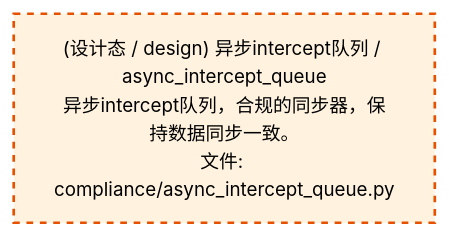
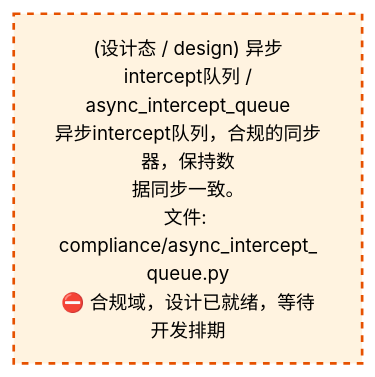
Before and after one commit to xuanFelixVan/ZephyrAlpha: the third of 4 diagrams in docs/02_enterprise_architecture/02_domain_architecture_docs/38_d_compliance.md, drawn with Mermaid. The commit also changed other lines of this file and 59 other files, not shown here.

````diff
--- a/docs/02_enterprise_architecture/02_domain_architecture_docs/38_d_compliance.md
+++ b/docs/02_enterprise_architecture/02_domain_architecture_docs/38_d_compliance.md
@@ -109,10 +109,10 @@
 ```mermaid
 %%{init: {'theme': 'base', 'themeVariables': {'primaryColor': '#eaeaea', 'primaryTextColor': '#333333', 'primaryBorderColor': '#666666', 'lineColor': '#666666', 'secondaryColor': '#eaeaea', 'tertiaryColor': '#eaeaea', 'fontSize': '14px'}}}%%
 flowchart TD
-    src_zephyr_compliance_async_intercept_queue_py["(设计态 / design) 异步intercept队列 / async_intercept_queue<br/>异步intercept队列，合规的同步器，保持数据同步一致。<br/>文件: compliance/async_intercept_queue.py"]
+    src_zephyr_compliance_async_intercept_queue_py["(设计态 / design) 异步intercept队列 /<br/>async_intercept_queue<br/>异步intercept队列，合规的同步器，保持数<br/>据同步一致。<br/>文件: compliance/async_intercept_<br/>queue.py<br/>⛔ 合规域，设计已就绪，等待开发排期"]
     classDef production fill:#e1f5fe,stroke:#01579b,stroke-width:2px,color:#000
     classDef design fill:#fff3e0,stroke:#e65100,stroke-width:2px,color:#000,stroke-dasharray: 5 5
     classDef external_prod fill:#e8f4fd,stroke:#0277bd,stroke-width:1px,color:#000
     classDef external_design fill:#fff8e7,stroke:#ef6c00,stroke-width:1px,color:#000,stroke-dasharray: 5 5
     class src_zephyr_compliance_async_intercept_queue_py design
 ```
````
